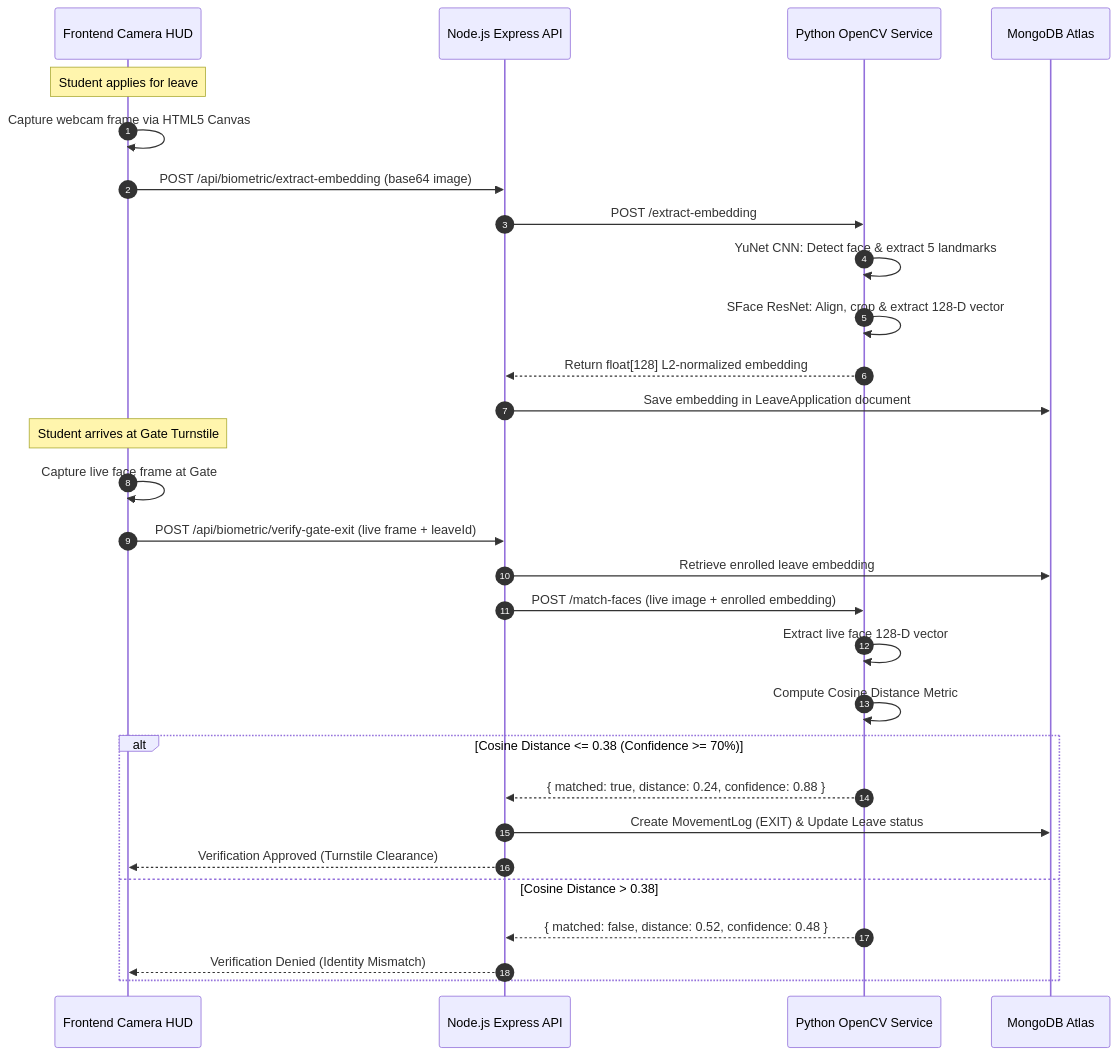
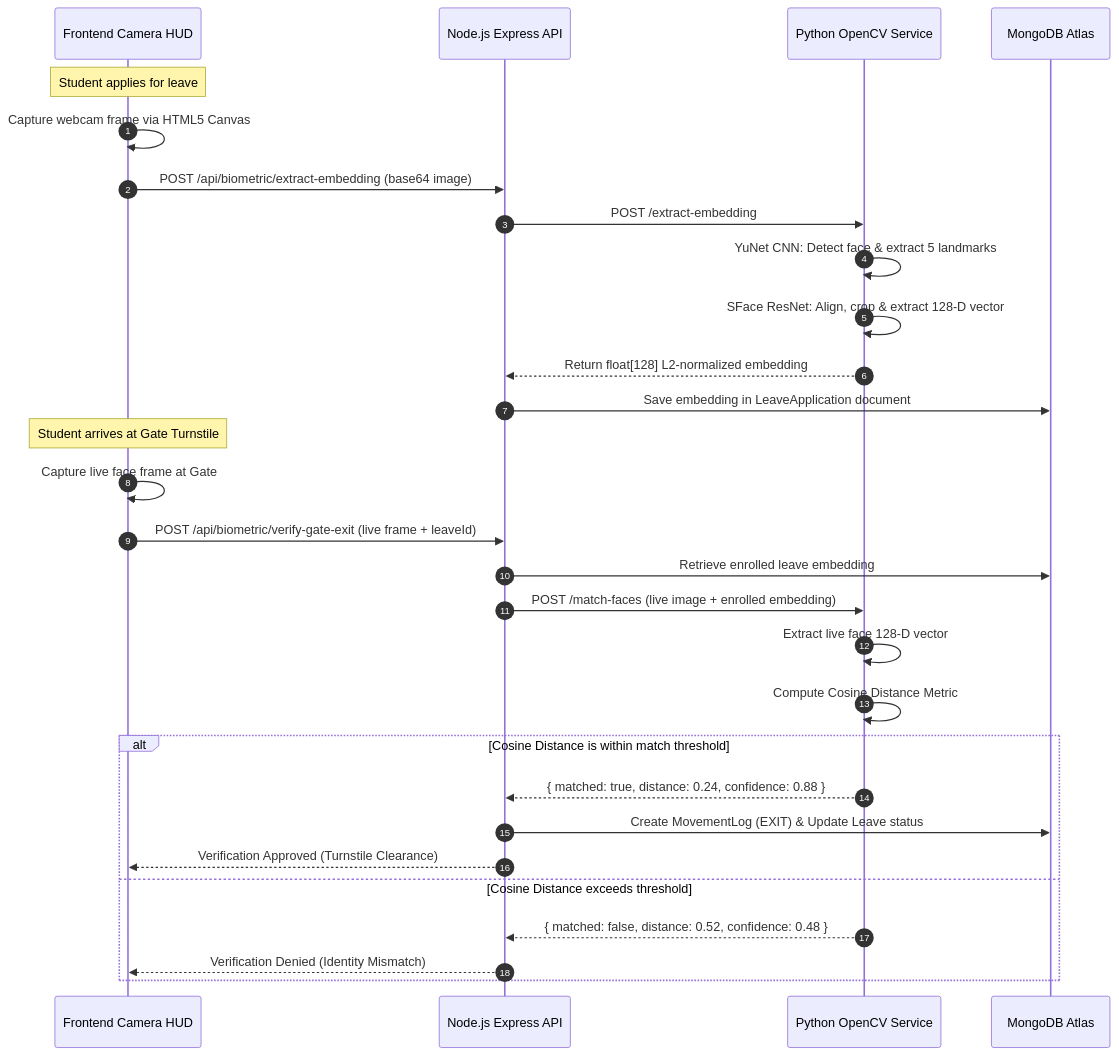
Before and after one commit to kolimimohammadAdil/Hostel_Management_System: the third of 3 diagrams in README.md, drawn with Mermaid. The commit also changed other lines of this file, not shown here.

Commit message:
Fix Mermaid diagram syntax in README for GitHub compatibility

````diff
--- a/README.md
+++ b/README.md
@@ -748,33 +748,33 @@
 ```mermaid
 sequenceDiagram
     autonumber
     participant Client as Frontend Camera HUD
     participant Backend as Node.js Express API
     participant AI as Python OpenCV Service
     participant DB as MongoDB Atlas
 
     Note over Client: Student applies for leave
     Client->>Client: Capture webcam frame via HTML5 Canvas
     Client->>Backend: POST /api/biometric/extract-embedding (base64 image)
     Backend->>AI: POST /extract-embedding
     AI->>AI: YuNet CNN: Detect face & extract 5 landmarks
     AI->>AI: SFace ResNet: Align, crop & extract 128-D vector
     AI-->>Backend: Return float[128] L2-normalized embedding
     Backend->>DB: Save embedding in LeaveApplication document
 
     Note over Client: Student arrives at Gate Turnstile
     Client->>Client: Capture live face frame at Gate
     Client->>Backend: POST /api/biometric/verify-gate-exit (live frame + leaveId)
     Backend->>DB: Retrieve enrolled leave embedding
     Backend->>AI: POST /match-faces (live image + enrolled embedding)
     AI->>AI: Extract live face 128-D vector
     AI->>AI: Compute Cosine Distance Metric
-    alt Cosine Distance <= 0.38 (Confidence >= 70%)
+    alt Cosine Distance is within match threshold
         AI-->>Backend: { matched: true, distance: 0.24, confidence: 0.88 }
         Backend->>DB: Create MovementLog (EXIT) & Update Leave status
         Backend-->>Client: Verification Approved (Turnstile Clearance)
-    else Cosine Distance > 0.38
+    else Cosine Distance exceeds threshold
         AI-->>Backend: { matched: false, distance: 0.52, confidence: 0.48 }
         Backend-->>Client: Verification Denied (Identity Mismatch)
     end
 ```
````
